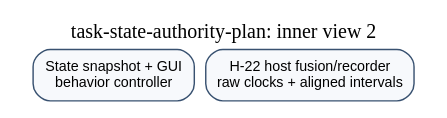
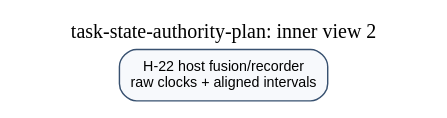
The diagram in apps/stateful-decode-and-sync/docs/task-state-authority-plan.inner-002.dot (Neuro-Mechatronics-Interfaces/ScienceXYZ), drawn with Graphviz before and after one commit. The commit also changed 32 other files, not shown here.

```diff
--- a/apps/stateful-decode-and-sync/docs/task-state-authority-plan.inner-002.dot
+++ b/apps/stateful-decode-and-sync/docs/task-state-authority-plan.inner-002.dot
@@ -1,5 +1,4 @@
 digraph "inner_002" {
   graph [layout=neato, overlap=false, splines=true, labelloc=t, label="task-state-authority-plan: inner view 2"];
-  "consumers" [color="#385170", fillcolor="#F7F9FC", fontname="Arial", fontsize="10", height="0.5", label="State snapshot + GUI\nbehavior controller", pin="true", pos="0,0!", shape="box", style="rounded,filled", width="1.5347"];
-  "fusion" [color="#385170", fillcolor="#F7F9FC", fontname="Arial", fontsize="10", height="0.5", label="H-22 host fusion/recorder\nraw clocks + aligned intervals", pin="true", pos="180,0!", shape="box", style="rounded,filled", width="1.9931"];
+  "fusion" [color="#385170", fillcolor="#F7F9FC", fontname="Arial", fontsize="10", height="0.5", label="H-22 host fusion/recorder\nraw clocks + aligned intervals", pin="true", pos="0,0!", shape="box", style="rounded,filled", width="1.9931"];
 }
```
